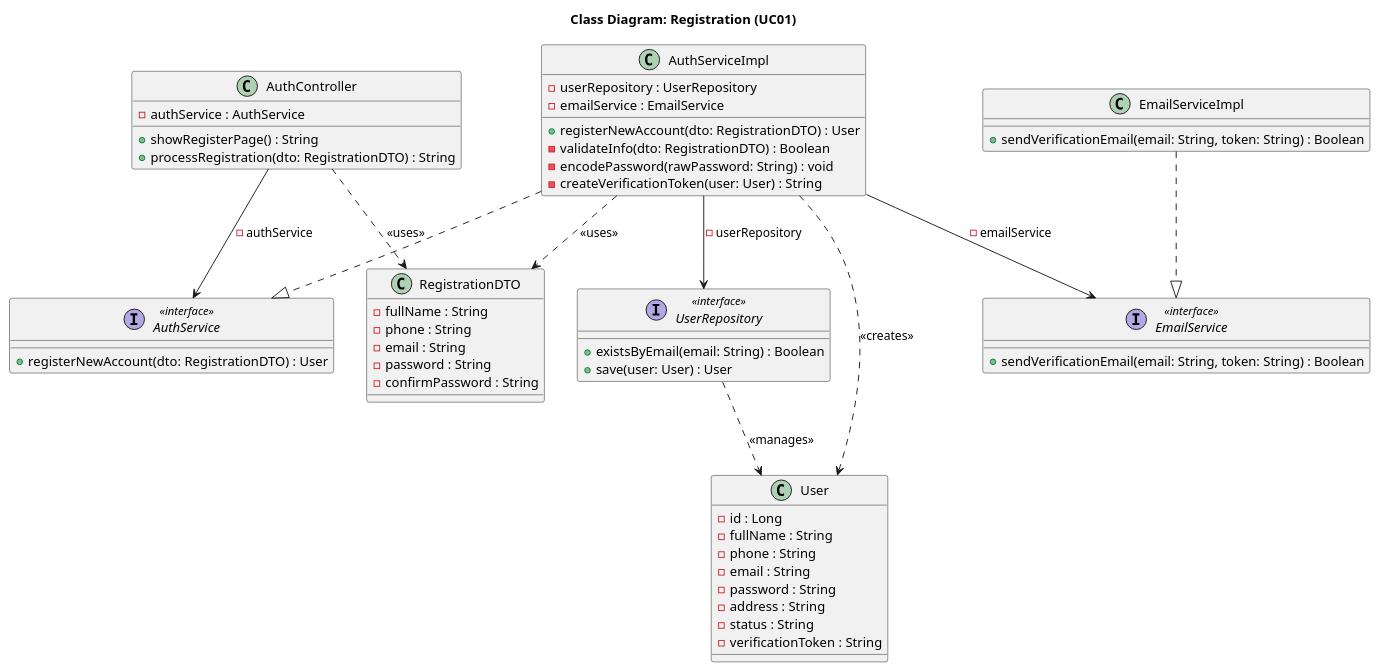
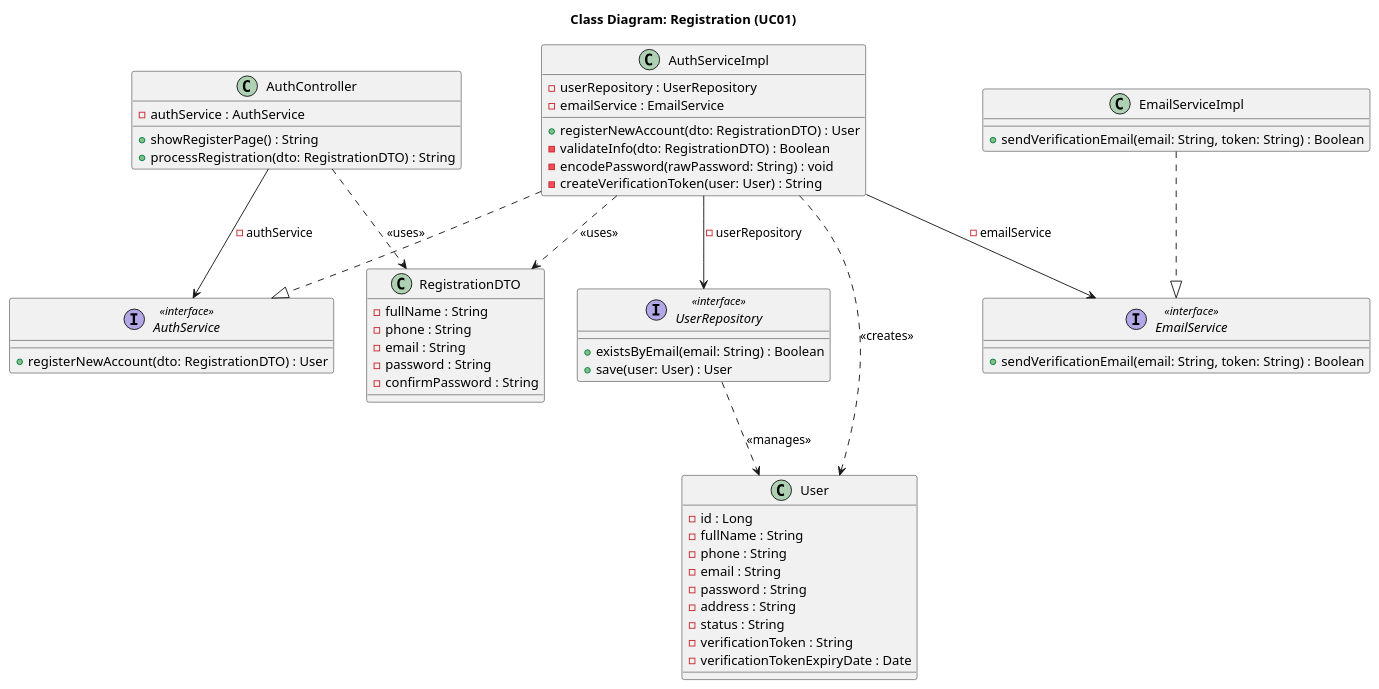
One commit to Peterdir/fashion-store-system changed the diagram in src/main/java/org/example/fashionstoresystem/uml/Class/CD01_Registration.puml. Above: the diagram before and after it, drawn with PlantUML. The commit also changed 5 other files, not shown here.

```diff
--- a/src/main/java/org/example/fashionstoresystem/uml/Class/CD01_Registration.puml
+++ b/src/main/java/org/example/fashionstoresystem/uml/Class/CD01_Registration.puml
@@ -1,80 +1,81 @@
 @startuml
 title Class Diagram: Registration (UC01)
 
 ' Controller
 
 class AuthController {
     - authService : AuthService
     + showRegisterPage() : String
     + processRegistration(dto: RegistrationDTO) : String
 }
 
 'Service
 
 interface AuthService <<interface>> {
     + registerNewAccount(dto: RegistrationDTO) : User
 }
 
 class AuthServiceImpl {
     - userRepository : UserRepository
     - emailService : EmailService
     + registerNewAccount(dto: RegistrationDTO) : User
     - validateInfo(dto: RegistrationDTO) : Boolean
     - encodePassword(rawPassword: String) : void
     - createVerificationToken(user: User) : String
 }
 
 interface EmailService <<interface>> {
     + sendVerificationEmail(email: String, token: String) : Boolean
 }
 
 class EmailServiceImpl {
     + sendVerificationEmail(email: String, token: String) : Boolean
 }
 
 ' Repository
 
 interface UserRepository <<interface>> {
     + existsByEmail(email: String) : Boolean
     + save(user: User) : User
 }
 
 
 ' Entity & DTO
 
 class RegistrationDTO {
     - fullName : String
     - phone : String
     - email : String
     - password : String
     - confirmPassword : String
 }
 
 class User {
     - id : Long
     - fullName : String
     - phone : String
     - email : String
     - password : String
     - address : String
     - status : String
     - verificationToken : String
+    - verificationTokenExpiryDate : Date
 }
 
 ' Relationships
 
 ' Class implement Interface
 AuthServiceImpl ..|> AuthService
 EmailServiceImpl ..|> EmailService
 
 ' Dependency Injection
 AuthController --> AuthService : - authService
 AuthServiceImpl --> UserRepository : - userRepository
 AuthServiceImpl --> EmailService : - emailService
 
 ' Object Usage
 AuthController ..> RegistrationDTO : <<uses>>
 AuthServiceImpl ..> RegistrationDTO : <<uses>>
 AuthServiceImpl ..> User : <<creates>>
 UserRepository ..> User : <<manages>>
 @enduml
```
